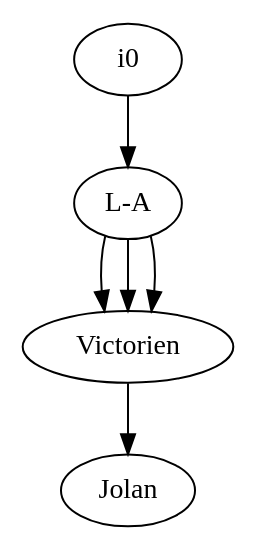
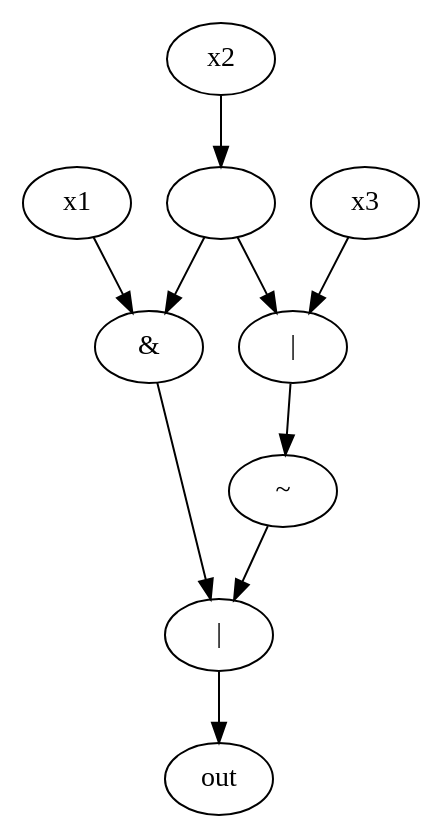
The diagram in tmp.dot (VictorienMarette/projetL2), drawn with Graphviz before and after one commit. The commit also changed 7 other files, not shown here.

```diff
--- a/tmp.dot
+++ b/tmp.dot
@@ -1,11 +1,20 @@
 digraph G {
-    v0 [label="i0"]
-    v1 [label="L-A"]
-    v2 [label="Victorien"]
-    v3 [label="Jolan"]
-    v0 -> v1 
-    v1 -> v2 
-    v1 -> v2 
-    v1 -> v2 
-    v2 -> v3 
+    v0 [label="x1"]
+    v1 [label="x2"]
+    v2 [label="x3"]
+    v3 [label="&"]
+    v4 [label=""]
+    v5 [label="|"]
+    v6 [label="~"]
+    v7 [label="|"]
+    v8 [label="out"]
+    v0 -> v3 
+    v1 -> v4 
+    v2 -> v5 
+    v3 -> v7 
+    v4 -> v3 
+    v4 -> v5 
+    v5 -> v6 
+    v6 -> v7 
+    v7 -> v8 
 }
```
